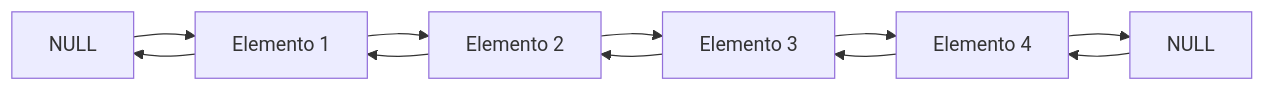
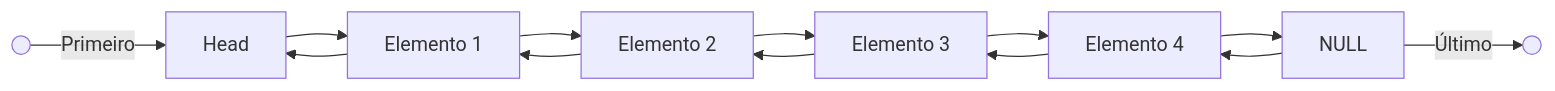
The diagram in Mermaid/DoubleLinkedList.mmd (MarcosLaine/MyPrograms), drawn with Mermaid before and after one commit. The commit also changed 1 other file, not shown here.

Commit message:
updates on ../Mermaid/

```diff
--- a/Mermaid/DoubleLinkedList.mmd
+++ b/Mermaid/DoubleLinkedList.mmd
@@ -1,12 +1,14 @@
 flowchart LR
-    A[NULL] -->B[Elemento 1]
+    Nada1(( )) -->|Primeiro| A[Head]
+    A --> B[Elemento 1]
     B --> C[Elemento 2]
     C --> D[Elemento 3]
     D --> E[Elemento 4]
     E --> F[NULL]
+    F -->|Último| Nada2(( ))
 
     F --> E
     E --> D
     D --> C
     C --> B
     B --> A
```
